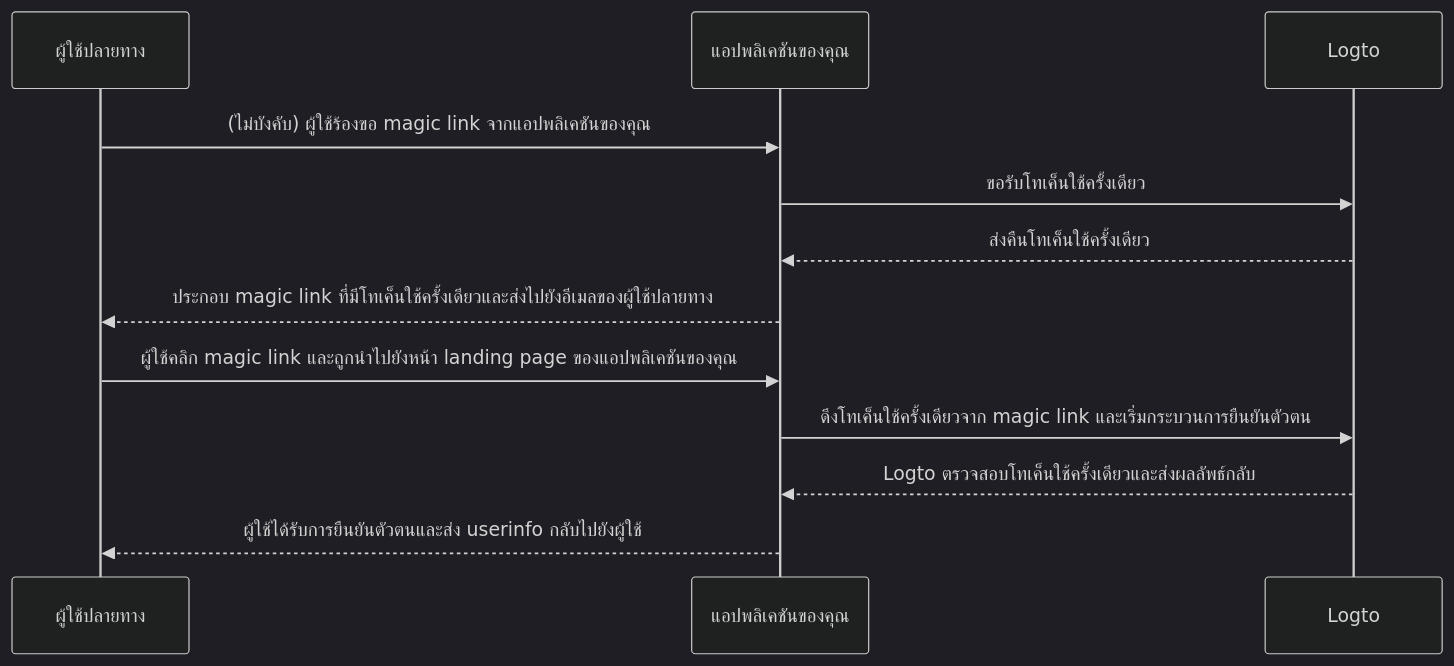
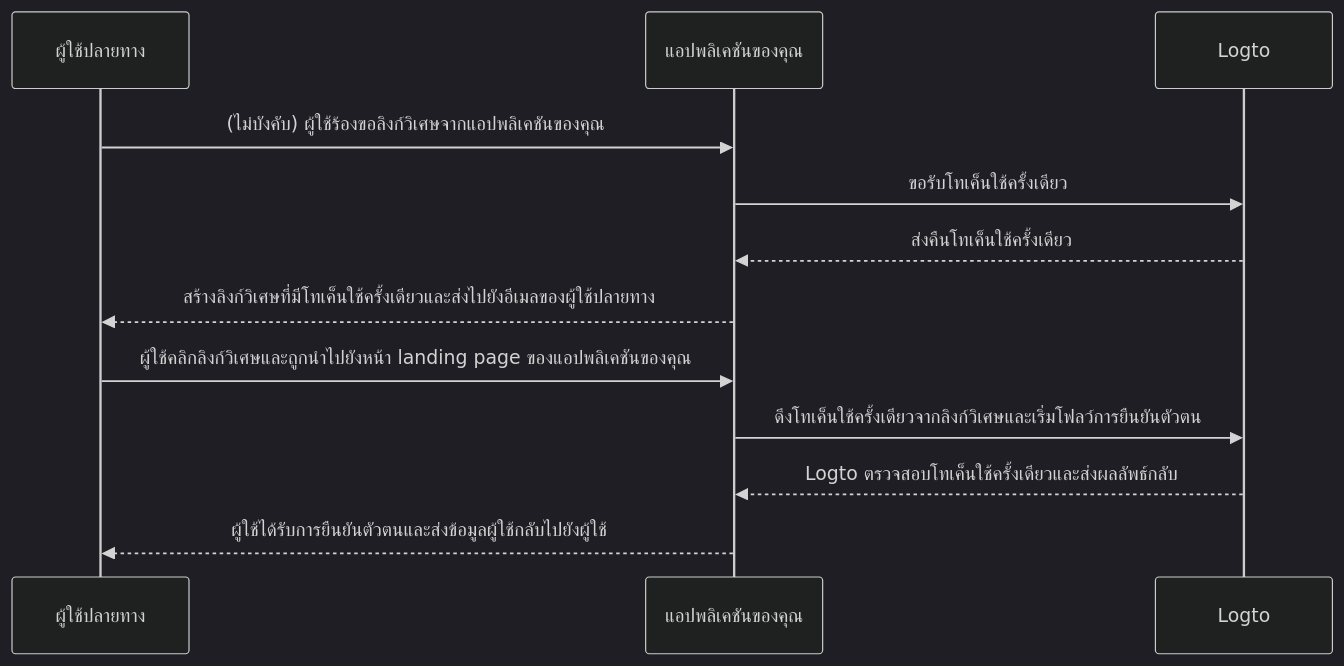
Before and after one commit to logto-io/docs: the diagram in i18n/th/docusaurus-plugin-content-docs/current/end-user-flows/one-time-token.mdx, drawn with Mermaid (dark theme). The commit also changed other lines of this file and 37 other files, not shown here.

````diff
--- a/i18n/th/docusaurus-plugin-content-docs/current/end-user-flows/one-time-token.mdx
+++ b/i18n/th/docusaurus-plugin-content-docs/current/end-user-flows/one-time-token.mdx
@@ -24,15 +40,15 @@
 ```mermaid
 sequenceDiagram
   participant U as ผู้ใช้ปลายทาง
   participant C as แอปพลิเคชันของคุณ
   participant L as Logto
 
-  U ->> C: (ไม่บังคับ) ผู้ใช้ร้องขอ magic link จากแอปพลิเคชันของคุณ
+  U ->> C: (ไม่บังคับ) ผู้ใช้ร้องขอลิงก์วิเศษจากแอปพลิเคชันของคุณ
   C ->> L: ขอรับโทเค็นใช้ครั้งเดียว
   L -->> C: ส่งคืนโทเค็นใช้ครั้งเดียว
-  C -->> U: ประกอบ magic link ที่มีโทเค็นใช้ครั้งเดียวและส่งไปยังอีเมลของผู้ใช้ปลายทาง
-  U ->> C: ผู้ใช้คลิก magic link และถูกนำไปยังหน้า landing page ของแอปพลิเคชันของคุณ
-  C ->> L: ดึงโทเค็นใช้ครั้งเดียวจาก magic link และเริ่มกระบวนการยืนยันตัวตน
+  C -->> U: สร้างลิงก์วิเศษที่มีโทเค็นใช้ครั้งเดียวและส่งไปยังอีเมลของผู้ใช้ปลายทาง
+  U ->> C: ผู้ใช้คลิกลิงก์วิเศษและถูกนำไปยังหน้า landing page ของแอปพลิเคชันของคุณ
+  C ->> L: ดึงโทเค็นใช้ครั้งเดียวจากลิงก์วิเศษและเริ่มโฟลว์การยืนยันตัวตน
   L -->> C: Logto ตรวจสอบโทเค็นใช้ครั้งเดียวและส่งผลลัพธ์กลับ
-  C -->> U: ผู้ใช้ได้รับการยืนยันตัวตนและส่ง userinfo กลับไปยังผู้ใช้
+  C -->> U: ผู้ใช้ได้รับการยืนยันตัวตนและส่งข้อมูลผู้ใช้กลับไปยังผู้ใช้
 ```
````
